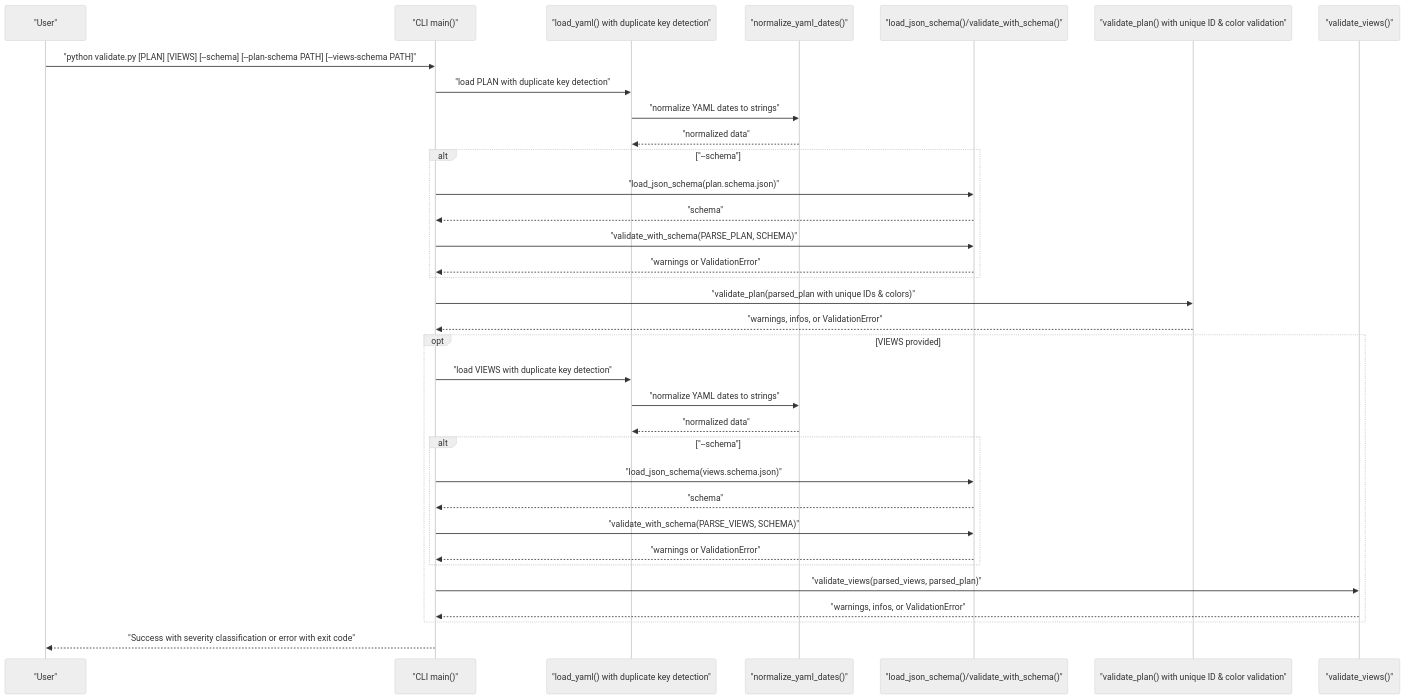
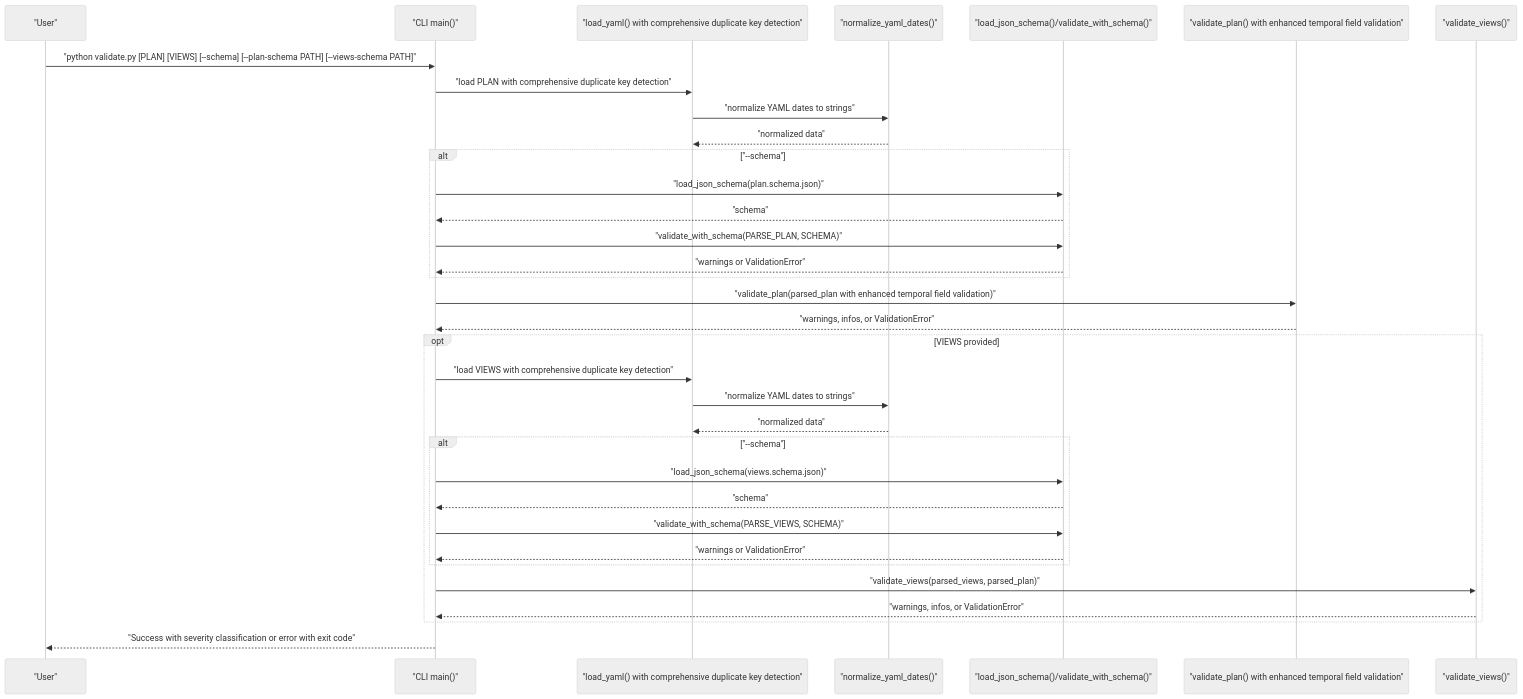
One commit to asukhodko/opskarta changed the second of 3 diagrams in .qoder/repowiki/en/content/Tooling and Utilities/Validation System.md. Above: the diagram before and after it, drawn with Mermaid (neutral theme). The commit also changed other lines of this file and 7 other files, not shown here.

````diff
--- a/.qoder/repowiki/en/content/Tooling and Utilities/Validation System.md
+++ b/.qoder/repowiki/en/content/Tooling and Utilities/Validation System.md
@@ -127,36 +144,36 @@
 ```mermaid
 sequenceDiagram
 participant U as "User"
 participant CLI as "CLI main()"
-participant Y as "load_yaml() with duplicate key detection"
+participant Y as "load_yaml() with comprehensive duplicate key detection"
 participant DN as "normalize_yaml_dates()"
 participant JS as "load_json_schema()/validate_with_schema()"
-participant VP as "validate_plan() with unique ID & color validation"
+participant VP as "validate_plan() with enhanced temporal field validation"
 participant VV as "validate_views()"
 U->>CLI : "python validate.py [PLAN] [VIEWS] [--schema] [--plan-schema PATH] [--views-schema PATH]"
-CLI->>Y : "load PLAN with duplicate key detection"
+CLI->>Y : "load PLAN with comprehensive duplicate key detection"
 Y->>DN : "normalize YAML dates to strings"
 DN-->>Y : "normalized data"
 alt "--schema"
 CLI->>JS : "load_json_schema(plan.schema.json)"
 JS-->>CLI : "schema"
 CLI->>JS : "validate_with_schema(PARSE_PLAN, SCHEMA)"
 JS-->>CLI : "warnings or ValidationError"
 end
-CLI->>VP : "validate_plan(parsed_plan with unique IDs & colors)"
+CLI->>VP : "validate_plan(parsed_plan with enhanced temporal field validation)"
 VP-->>CLI : "warnings, infos, or ValidationError"
 opt VIEWS provided
-CLI->>Y : "load VIEWS with duplicate key detection"
+CLI->>Y : "load VIEWS with comprehensive duplicate key detection"
 Y->>DN : "normalize YAML dates to strings"
 DN-->>Y : "normalized data"
 alt "--schema"
 CLI->>JS : "load_json_schema(views.schema.json)"
 JS-->>CLI : "schema"
 CLI->>JS : "validate_with_schema(PARSE_VIEWS, SCHEMA)"
 JS-->>CLI : "warnings or ValidationError"
 end
 CLI->>VV : "validate_views(parsed_views, parsed_plan)"
 VV-->>CLI : "warnings, infos, or ValidationError"
 end
 CLI-->>U : "Success with severity classification or error with exit code"
 ```
````
